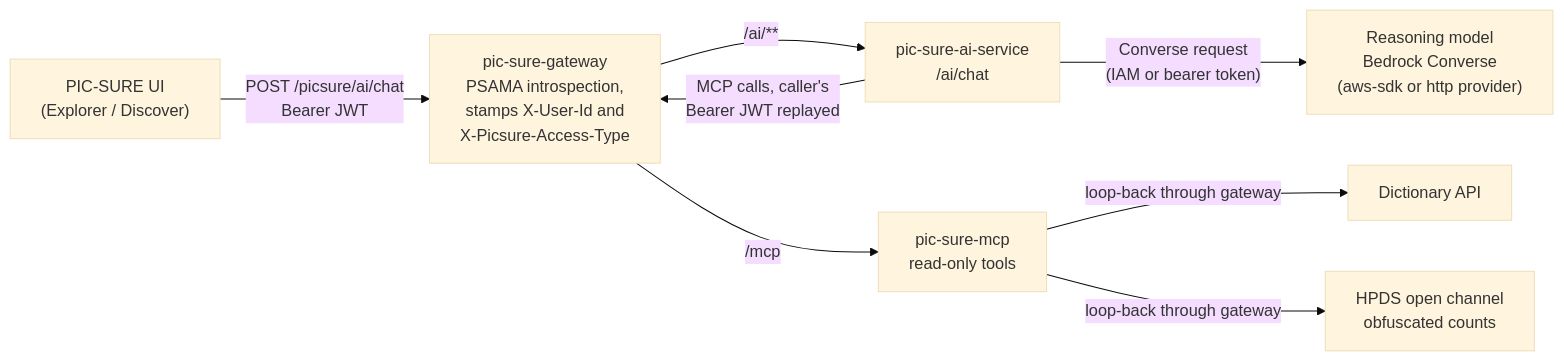
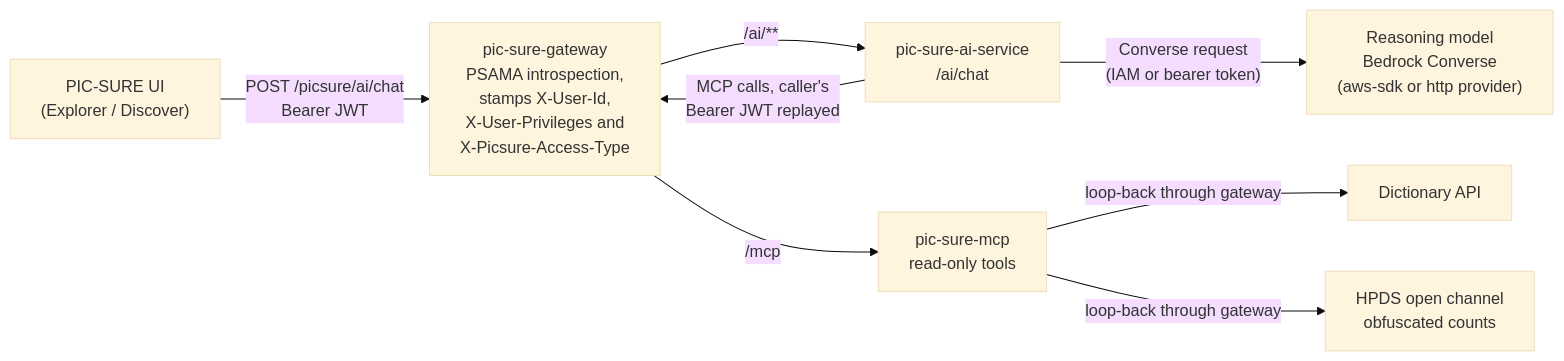
Before and after one commit to hms-dbmi/pic-sure: the first of 6 diagrams in services/pic-sure-ai-service/docs/ARCHITECTURE.md, drawn with Mermaid (base theme). The commit also changed other lines of this file and 12 other files, not shown here.

````diff
--- a/services/pic-sure-ai-service/docs/ARCHITECTURE.md
+++ b/services/pic-sure-ai-service/docs/ARCHITECTURE.md
@@ -11,18 +11,18 @@
 ```mermaid
 flowchart LR
     UI["PIC-SURE UI<br/>(Explorer / Discover)"]
-    GW["pic-sure-gateway<br/>PSAMA introspection,<br/>stamps X-User-Id and<br/>X-Picsure-Access-Type"]
+    GW["pic-sure-gateway<br/>PSAMA introspection,<br/>stamps X-User-Id,<br/>X-User-Privileges and<br/>X-Picsure-Access-Type"]
     AI["pic-sure-ai-service<br/>/ai/chat"]
     MODEL["Reasoning model<br/>Bedrock Converse<br/>(aws-sdk or http provider)"]
     MCP["pic-sure-mcp<br/>read-only tools"]
     DICT["Dictionary API"]
     HPDS["HPDS open channel<br/>obfuscated counts"]
 
     UI -- "POST /picsure/ai/chat<br/>Bearer JWT" --> GW
     GW -- "/ai/**" --> AI
     AI -- "Converse request<br/>(IAM or bearer token)" --> MODEL
     AI -- "MCP calls, caller's<br/>Bearer JWT replayed" --> GW
     GW -- "/mcp" --> MCP
     MCP -- "loop-back through gateway" --> DICT
     MCP -- "loop-back through gateway" --> HPDS
 ```
````
